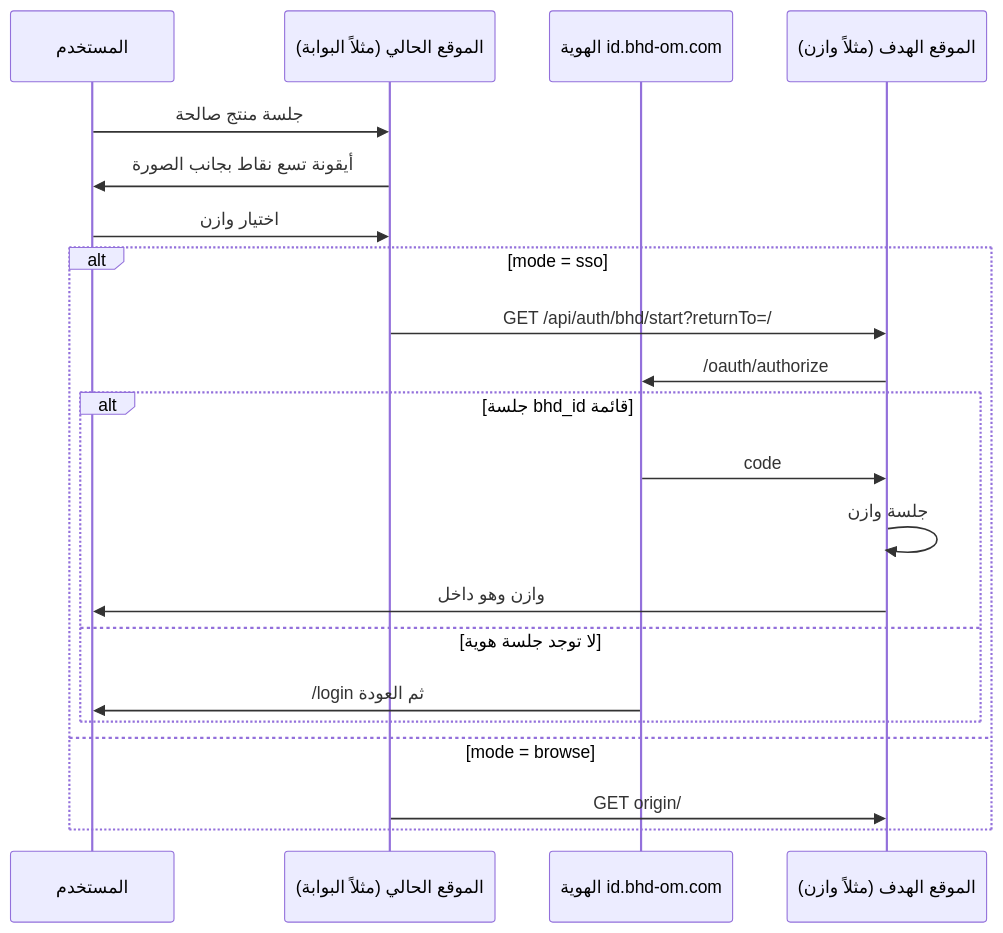
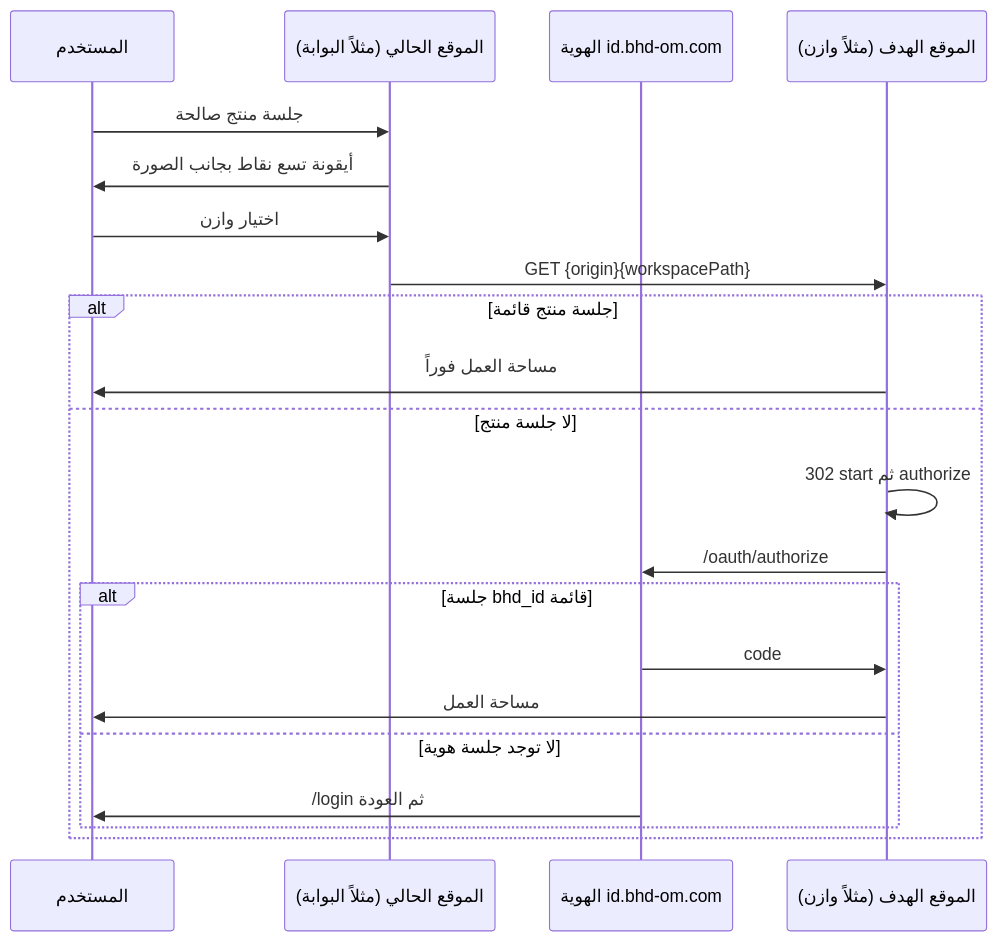
One commit to ainoamn/ONE-BHD changed the diagram in BHD-Complete-Brand-and-Portal-v1.1.1/public/docs/BHD-APP-SWITCHER.md. Above: the diagram before and after it, drawn with Mermaid. The commit also changed other lines of this file and 61 other files, not shown here.

````diff
--- a/BHD-Complete-Brand-and-Portal-v1.1.1/public/docs/BHD-APP-SWITCHER.md
+++ b/BHD-Complete-Brand-and-Portal-v1.1.1/public/docs/BHD-APP-SWITCHER.md
@@ -37,24 +36,24 @@
 ```mermaid
 sequenceDiagram
   participant U as المستخدم
   participant A as الموقع الحالي (مثلاً البوابة)
   participant ID as الهوية id.bhd-om.com
   participant B as الموقع الهدف (مثلاً وازن)
 
   U->>A: جلسة منتج صالحة
   A->>U: أيقونة تسع نقاط بجانب الصورة
   U->>A: اختيار وازن
-  alt mode = sso
-    A->>B: GET /api/auth/bhd/start?returnTo=/
+  A->>B: GET {origin}{workspacePath}
+  alt جلسة منتج قائمة
+    B->>U: مساحة العمل فوراً
+  else لا جلسة منتج
+    B->>B: 302 start ثم authorize
     B->>ID: /oauth/authorize
     alt جلسة bhd_id قائمة
       ID->>B: code
-      B->>B: جلسة وازن
-      B->>U: وازن وهو داخل
+      B->>U: مساحة العمل
     else لا توجد جلسة هوية
       ID->>U: /login ثم العودة
     end
-  else mode = browse
-    A->>B: GET origin/
   end
 ```
````
